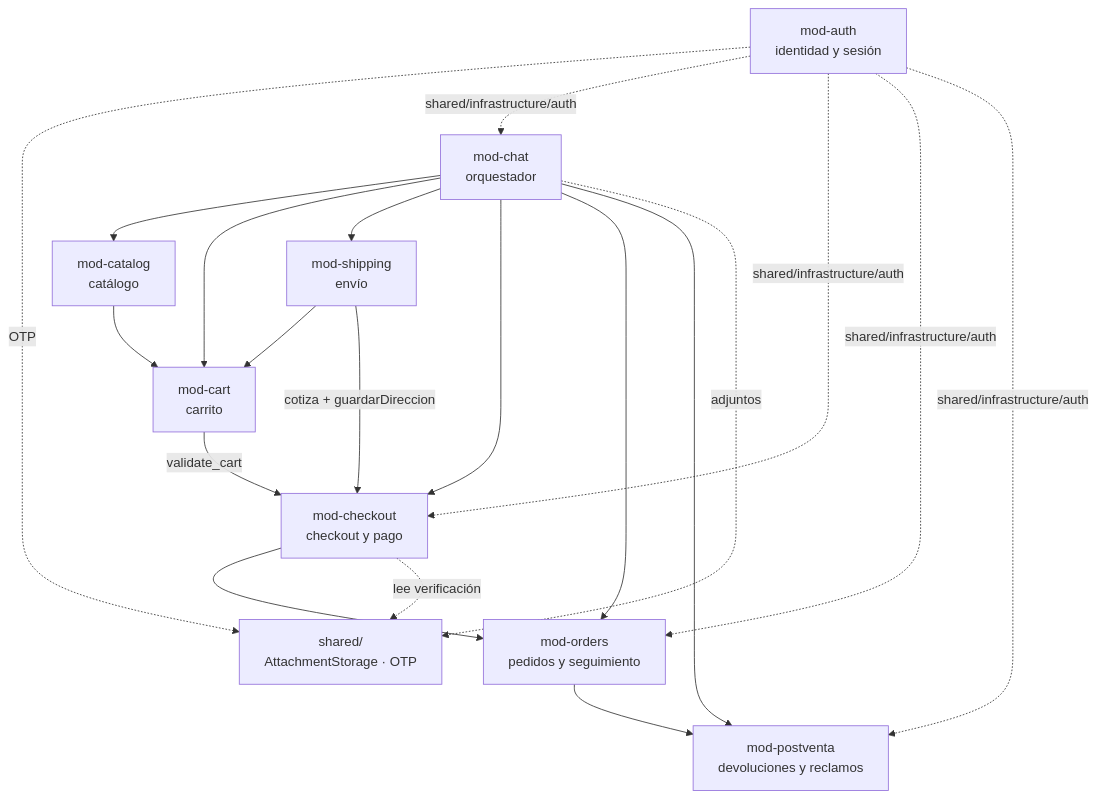
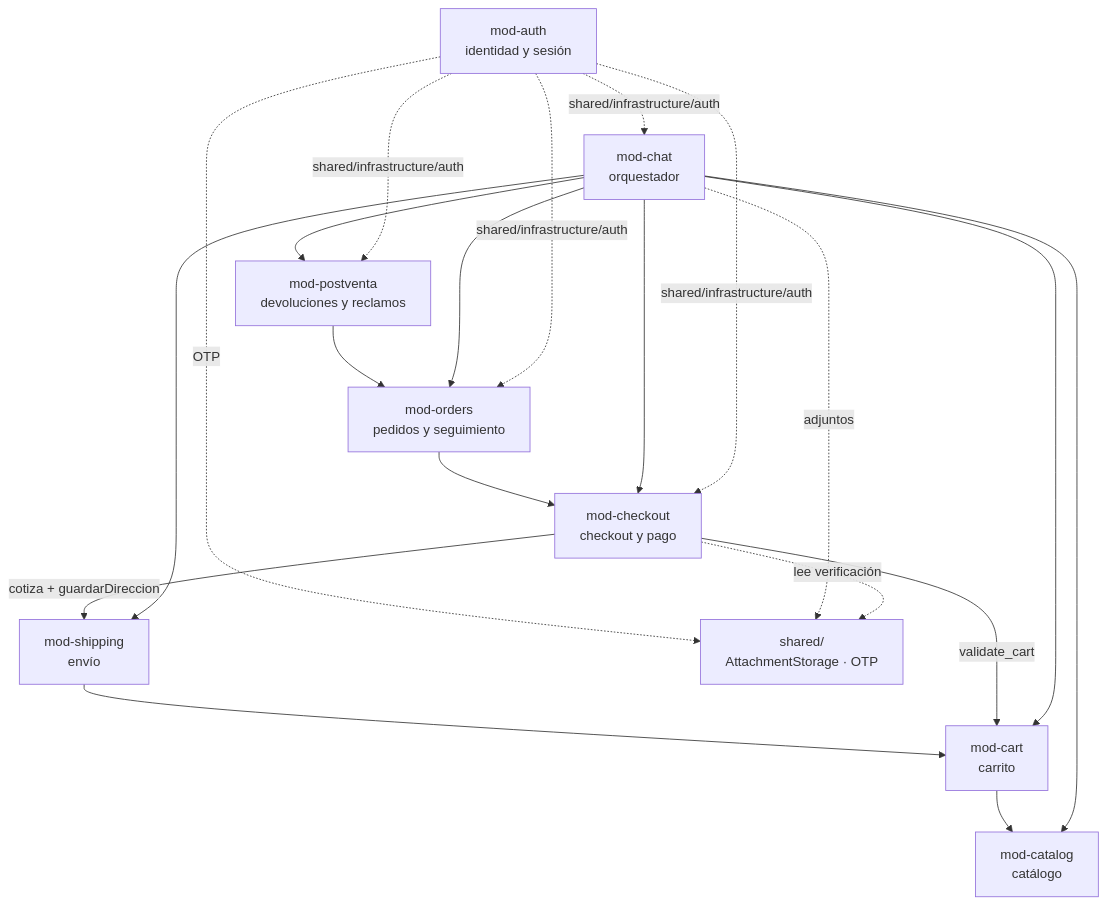
One commit to Taller-SW-Web/G3-Chatbot-specs changed the diagram in docs/arquitectura/modularizacion.md. Above: the diagram before and after it, drawn with Mermaid. The commit also changed other lines of this file and 8 other files, not shown here.

````diff
--- a/docs/arquitectura/modularizacion.md
+++ b/docs/arquitectura/modularizacion.md
@@ -66,34 +66,34 @@
 ```mermaid
 graph TD
     auth["mod-auth<br/>identidad y sesión"]
     catalog["mod-catalog<br/>catálogo"]
     cart["mod-cart<br/>carrito"]
     shipping["mod-shipping<br/>envío"]
     checkout["mod-checkout<br/>checkout y pago"]
     orders["mod-orders<br/>pedidos y seguimiento"]
     postventa["mod-postventa<br/>devoluciones y reclamos"]
     chat["mod-chat<br/>orquestador"]
     shared["shared/<br/>AttachmentStorage · OTP"]
 
-    catalog --> cart
+    cart --> catalog
     shipping --> cart
-    cart -->|"validate_cart"| checkout
-    shipping -->|"cotiza + guardarDireccion"| checkout
-    checkout --> orders
-    orders --> postventa
+    checkout -->|"validate_cart"| cart
+    checkout -->|"cotiza + guardarDireccion"| shipping
+    orders --> checkout
+    postventa --> orders
 
     chat --> catalog
     chat --> cart
     chat --> shipping
     chat --> checkout
     chat --> orders
     chat --> postventa
 
     auth -. "OTP" .-> shared
     chat -. "adjuntos" .-> shared
     checkout -. "lee verificación" .-> shared
     auth -. "shared/infrastructure/auth" .-> chat
     auth -. "shared/infrastructure/auth" .-> checkout
     auth -. "shared/infrastructure/auth" .-> orders
     auth -. "shared/infrastructure/auth" .-> postventa
 ```
````
